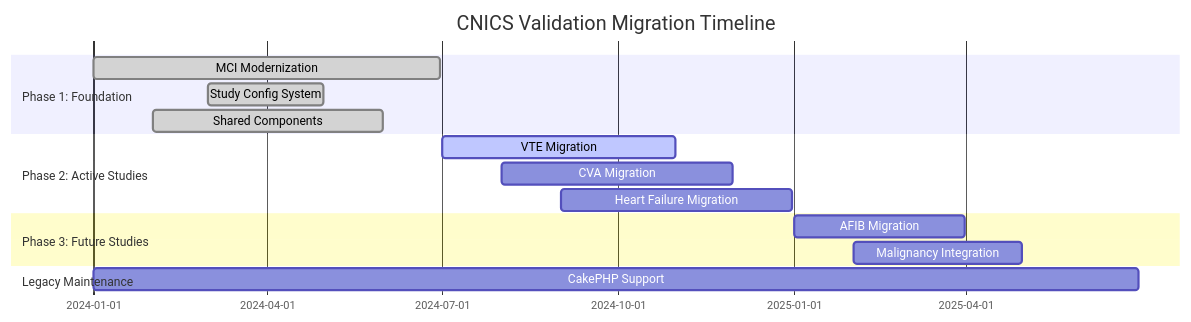
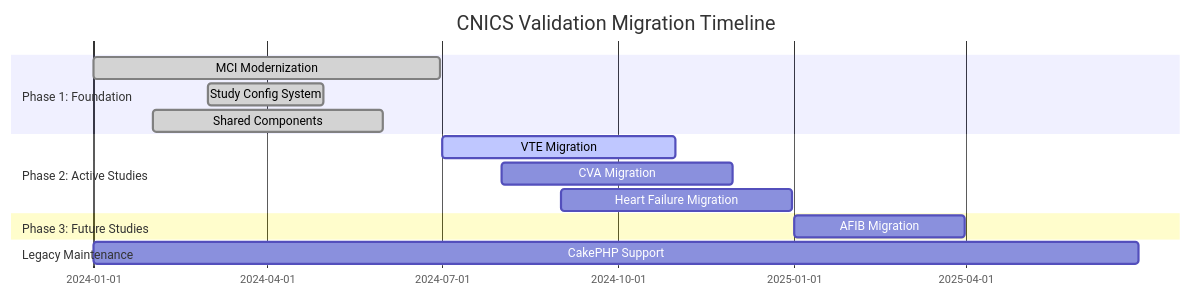
The sixth of 8 diagrams in docs/architecture-overview.md (uwcirg/cnics-validation), drawn with Mermaid before and after one commit. The commit also changed other lines of this file and 9 other files, not shown here.

````diff
--- a/docs/architecture-overview.md
+++ b/docs/architecture-overview.md
@@ -256,21 +243,20 @@
 ```mermaid
 gantt
     title CNICS Validation Migration Timeline
     dateFormat  YYYY-MM-DD
     section Phase 1: Foundation
     MCI Modernization    :done, mci, 2024-01-01, 2024-06-30
     Study Config System  :done, config, 2024-03-01, 2024-04-30
     Shared Components    :done, shared, 2024-02-01, 2024-05-31
     
     section Phase 2: Active Studies
     VTE Migration        :active, vte, 2024-07-01, 2024-10-31
     CVA Migration        :cva, 2024-08-01, 2024-11-30
     Heart Failure Migration :hf, 2024-09-01, 2024-12-31
     
     section Phase 3: Future Studies
     AFIB Migration       :afib, 2025-01-01, 2025-03-31
-    Malignancy Integration :malignancy, 2025-02-01, 2025-04-30
     
     section Legacy Maintenance
     CakePHP Support      :legacy, 2024-01-01, 2025-06-30
 ```
````
